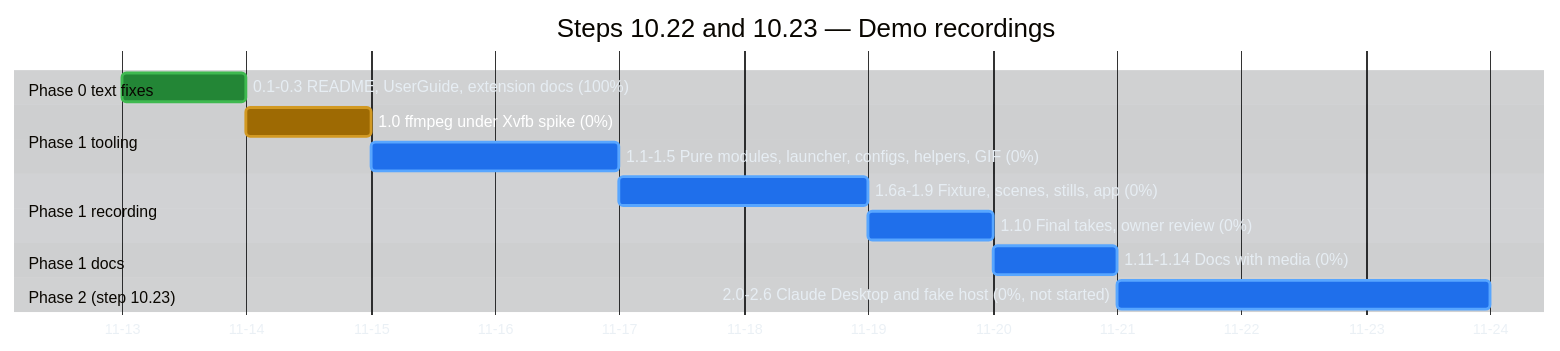
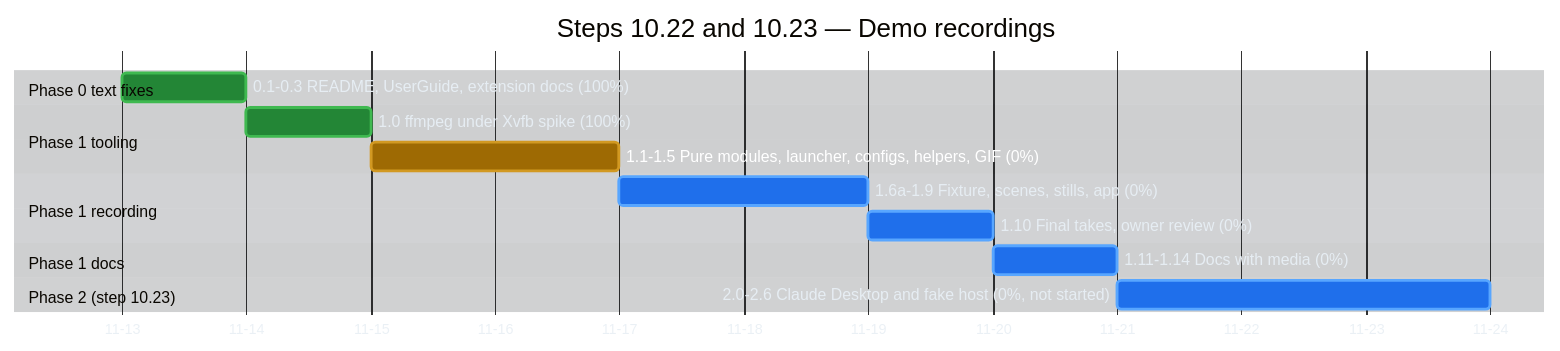
One commit to raulkivi/agent-cost-analyzer changed the second of 4 diagrams in docs/implementation-plan-gantt.md. Above: the diagram before and after it, drawn with Mermaid. The commit also changed other lines of this file and 1 other file, not shown here.

Commit message:
docs(10.22): spike 1.0 findings; frame is 1200x800

````diff
--- a/docs/implementation-plan-gantt.md
+++ b/docs/implementation-plan-gantt.md
@@ -135,51 +135,51 @@
 ```mermaid
 %%{init: {
   "theme": "base",
   "themeVariables": {
     "darkMode": true,
     "background": "#0d1117",
     "textColor": "#e6edf3",
     "primaryTextColor": "#e6edf3",
     "lineColor": "#8b949e",
     "sectionBkgColor": "#161b22",
     "sectionBkgColor2": "#1c2129",
     "altSectionBkgColor": "#0d1117",
     "gridColor": "#30363d",
     "excludeBkgColor": "#161b22",
     "todayLineColor": "#f85149",
     "taskBkgColor": "#1f6feb",
     "taskBorderColor": "#58a6ff",
     "taskTextColor": "#ffffff",
     "taskTextLightColor": "#ffffff",
     "taskTextDarkColor": "#ffffff",
     "taskTextOutsideColor": "#e6edf3",
     "doneTaskBkgColor": "#238636",
     "doneTaskBorderColor": "#3fb950",
     "activeTaskBkgColor": "#9e6a03",
     "activeTaskBorderColor": "#d29922",
     "critBkgColor": "#da3633",
     "critBorderColor": "#f85149"
   }
 }}%%
 gantt
     title Steps 10.22 and 10.23 — Demo recordings
     dateFormat YYYY-MM-DD
     axisFormat %m-%d
 
     section Phase 0 text fixes
     0.1-0.3 README, UserGuide, extension docs (100%) :done, d0, 2026-11-13, 1d
 
     section Phase 1 tooling
-    1.0 ffmpeg under Xvfb spike (0%)                :active, d10, after d0, 1d
-    1.1-1.5 Pure modules, launcher, configs, helpers, GIF (0%) :d11, after d10, 2d
+    1.0 ffmpeg under Xvfb spike (100%)              :done, d10, after d0, 1d
+    1.1-1.5 Pure modules, launcher, configs, helpers, GIF (0%) :active, d11, after d10, 2d
 
     section Phase 1 recording
     1.6a-1.9 Fixture, scenes, stills, app (0%)      :d16, after d11, 2d
     1.10 Final takes, owner review (0%)            :d110, after d16, 1d
 
     section Phase 1 docs
     1.11-1.14 Docs with media (0%)                 :d111, after d110, 1d
 
     section Phase 2 (step 10.23)
     2.0-2.6 Claude Desktop and fake host (0%, not started) :d20, after d111, 3d
 ```
````
